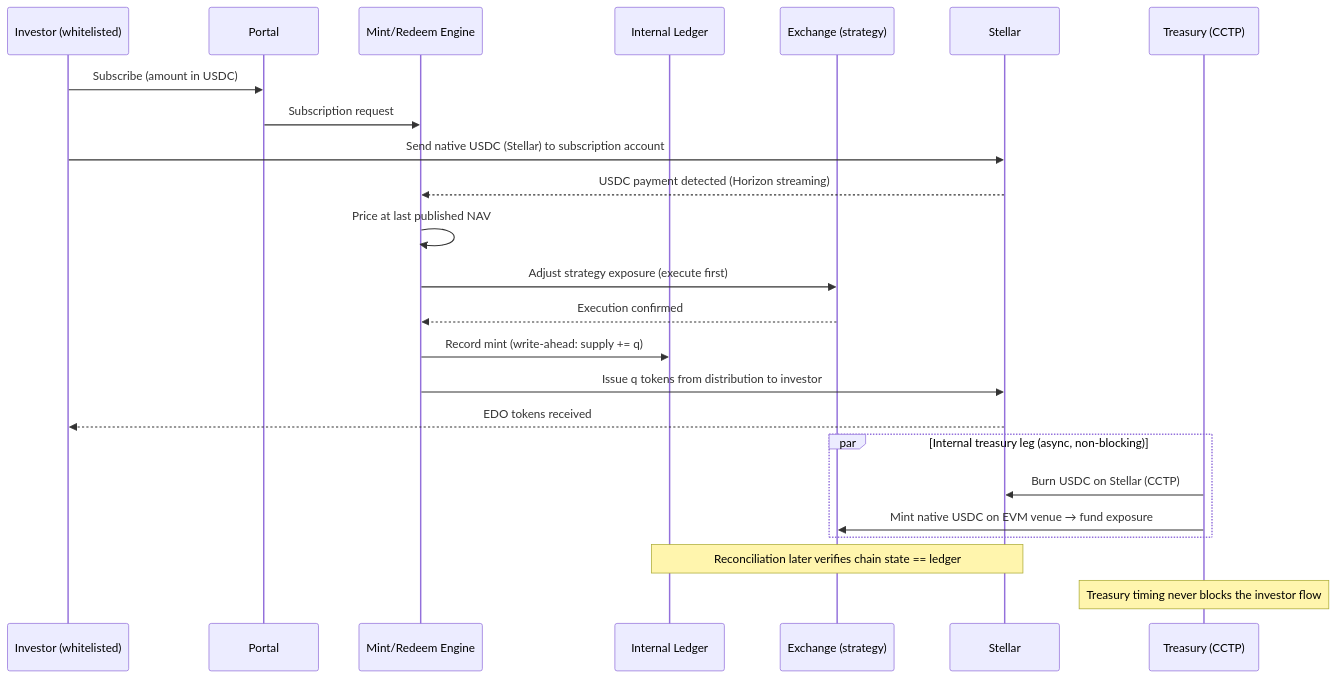
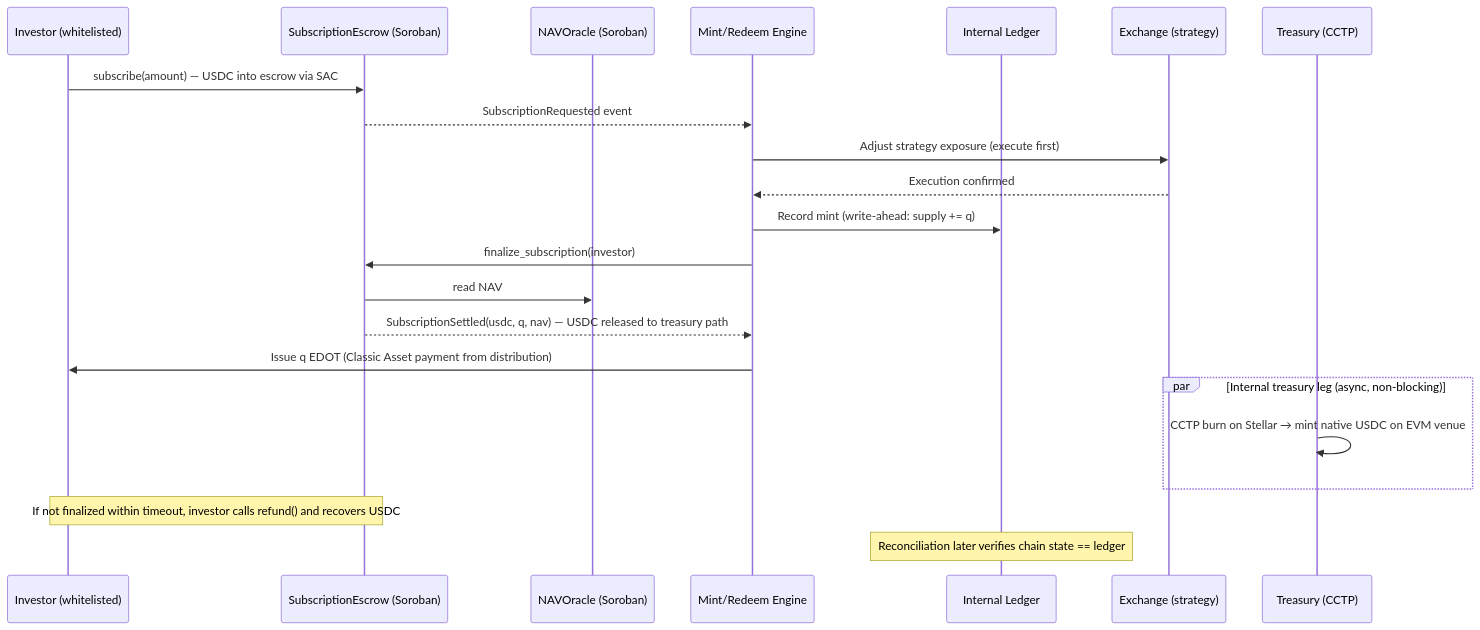
The third of 4 diagrams in docs/ARCHITECTURE.md (trakx/stellar-strategy-rails), drawn with Mermaid before and after one commit. The commit also changed other lines of this file, not shown here.

First line of the commit message:
Revise architecture documentation for clarity and updates

````diff
--- a/docs/ARCHITECTURE.md
+++ b/docs/ARCHITECTURE.md
@@ -94,28 +128,25 @@
 ```mermaid
 sequenceDiagram
     participant I as Investor (whitelisted)
-    participant P as Portal
+    participant ESC as SubscriptionEscrow (Soroban)
+    participant ORC as NAVOracle (Soroban)
     participant M as Mint/Redeem Engine
     participant L as Internal Ledger
     participant E as Exchange (strategy)
-    participant S as Stellar
-
     participant T as Treasury (CCTP)
 
-    I->>P: Subscribe (amount in USDC)
-    P->>M: Subscription request
-    I->>S: Send native USDC (Stellar) to subscription account
-    S-->>M: USDC payment detected (Horizon streaming)
-    M->>M: Price at last published NAV
+    I->>ESC: subscribe(amount) — USDC into escrow via SAC
+    ESC-->>M: SubscriptionRequested event
     M->>E: Adjust strategy exposure (execute first)
     E-->>M: Execution confirmed
     M->>L: Record mint (write-ahead: supply += q)
-    M->>S: Issue q tokens from distribution to investor
-    S-->>I: EDO tokens received
+    M->>ESC: finalize_subscription(investor)
+    ESC->>ORC: read NAV
+    ESC-->>M: SubscriptionSettled(usdc, q, nav) — USDC released to treasury path
+    M->>I: Issue q EDOT (Classic Asset payment from distribution)
     par Internal treasury leg (async, non-blocking)
-        T->>S: Burn USDC on Stellar (CCTP)
-        T->>E: Mint native USDC on EVM venue → fund exposure
+        T->>T: CCTP burn on Stellar → mint native USDC on EVM venue
     end
-    Note over L,S: Reconciliation later verifies chain state == ledger
-    Note over T: Treasury timing never blocks the investor flow
+    Note over ESC,I: If not finalized within timeout, investor calls refund() and recovers USDC
+    Note over L: Reconciliation later verifies chain state == ledger
 ```
````
